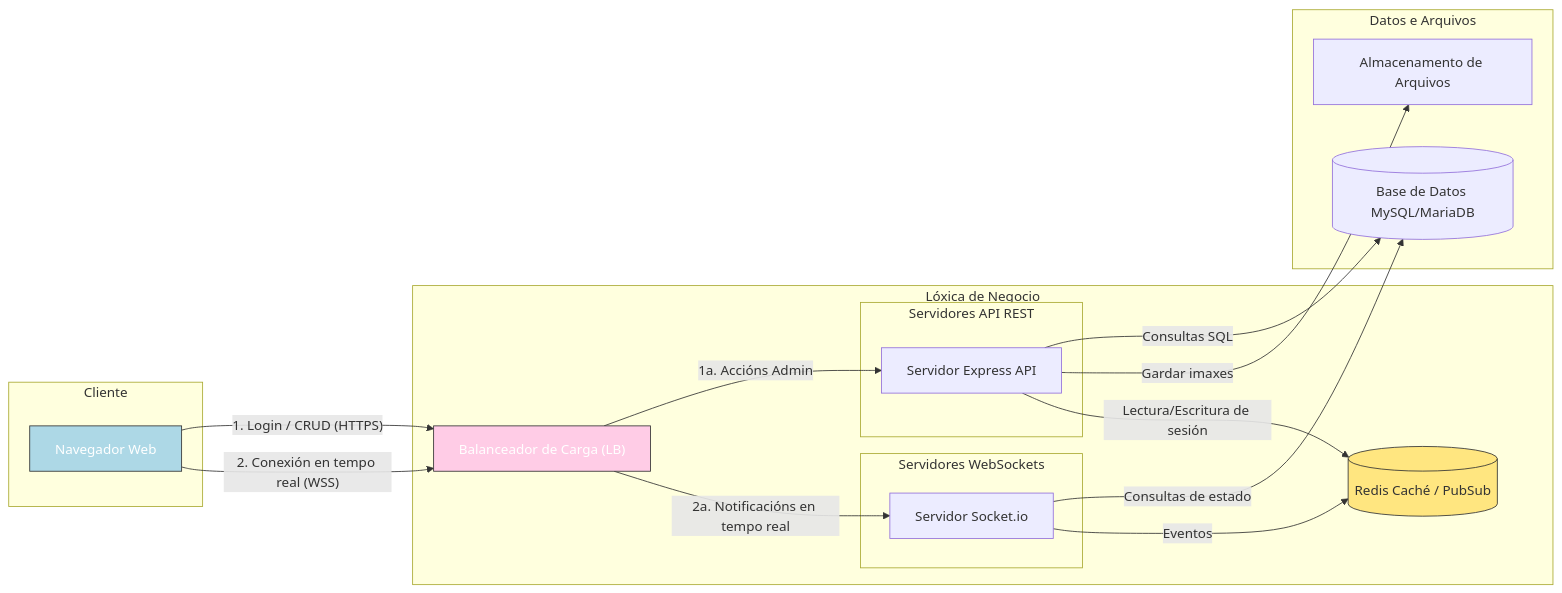
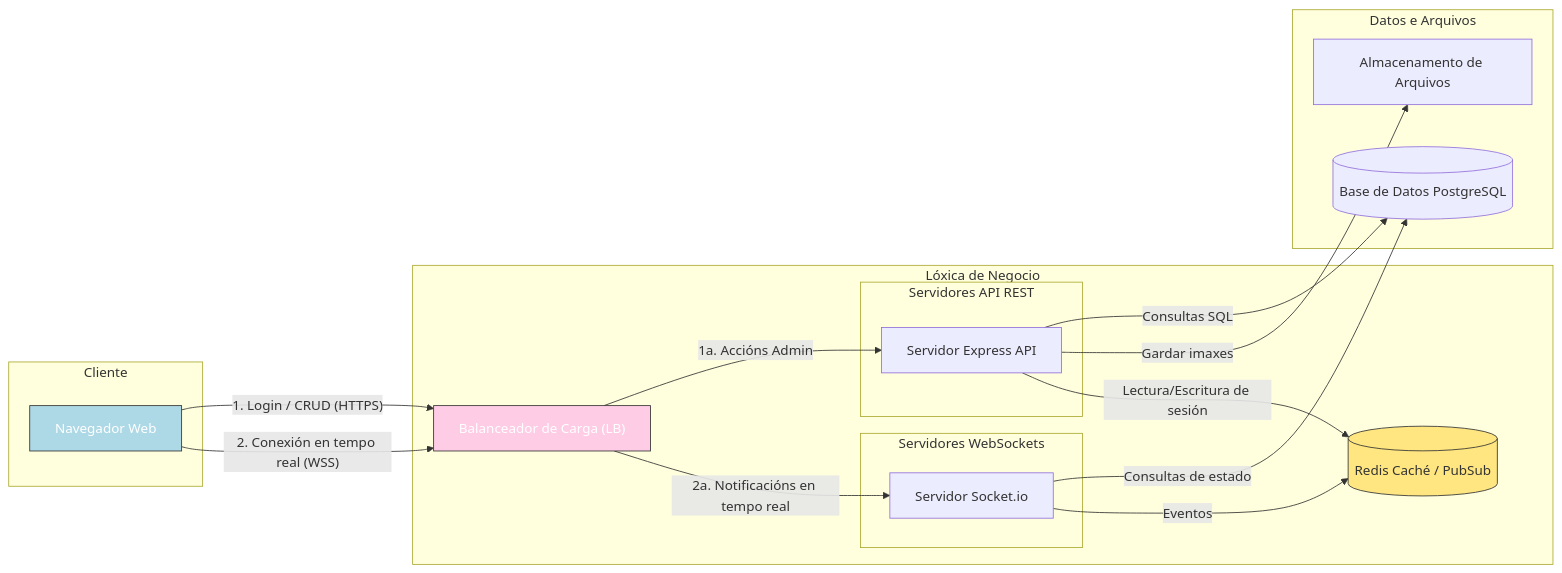
One commit to ChrisLorens171/Proxecto-DAW-24-25-Christian-Lorenzo-Rios changed the diagram in doc/3_Deseño.md. Above: the diagram before and after it, drawn with Mermaid.

````diff
--- a/doc/3_Deseño.md
+++ b/doc/3_Deseño.md
@@ -15,47 +15,47 @@
 ```mermaid
 ---
 config:
   layout: dagre
 ---
 flowchart LR
   %% Frontend
   subgraph Frontend["Cliente"]
       A["Navegador Web"]
   end
 
   %% Backend
   subgraph Backend["Lóxica de Negocio"]
       B["Balanceador de Carga (LB)"]
       subgraph API["Servidores API REST"]
           API1["Servidor Express API"]
       end
       subgraph WS["Servidores WebSockets"]
           WS1["Servidor Socket.io"]
       end
       Redis[("Redis Caché / PubSub")]
   end
 
   %% Almacenamento
   subgraph Almacenamento["Datos e Arquivos"]
-      DB[("Base de Datos MySQL/MariaDB")]
+      DB[("Base de Datos PostgreSQL")]
       FS["Almacenamento de Arquivos"]
   end
 
   %% Conexións
   A -- "1. Login / CRUD (HTTPS)" --> B
   A -- "2. Conexión en tempo real (WSS)" --> B
 
   B -- "1a. Accións Admin" --> API1
   B -- "2a. Notificacións en tempo real" --> WS1
 
   API1 -- "Consultas SQL" --> DB
   WS1 -- "Consultas de estado" --> DB
   API1 -- "Gardar imaxes" --> FS
   API1 -- "Lectura/Escritura de sesión" --> Redis
   WS1 -- "Eventos" --> Redis
 
   style A fill:#ADD8E6,stroke:#333,color:#FFFFFF,stroke-width:1px
   style B fill:#FFCCE6,stroke:#333,color:#FFFFFF,stroke-width:1px
   style Redis fill:#FFE680,stroke:#333,stroke-width:1px
 
 ```
````
